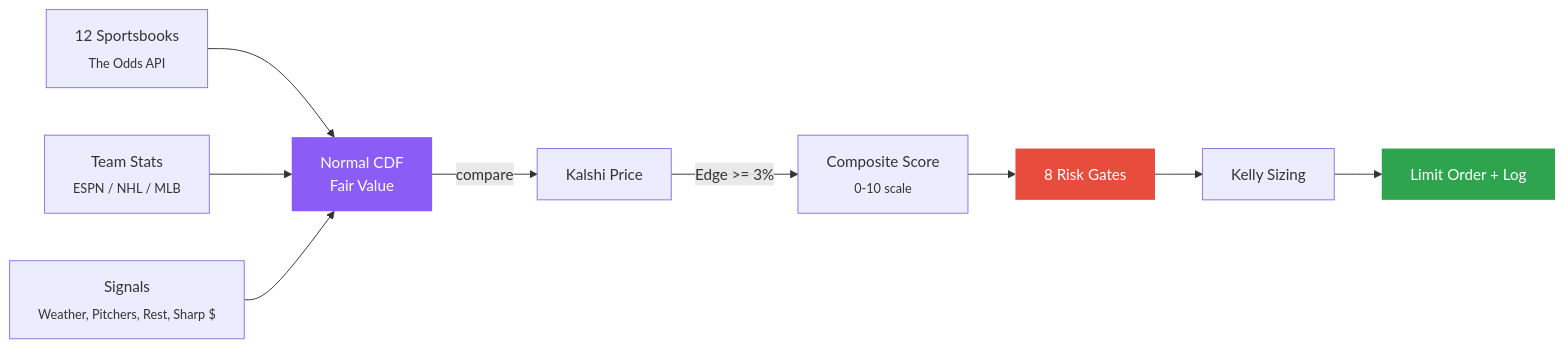
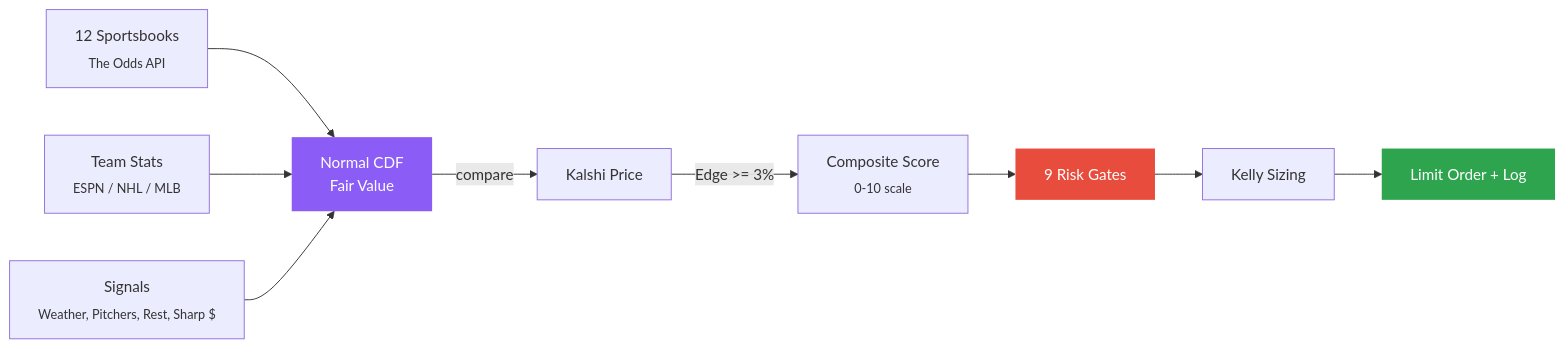
The diagram in README.md (michaelschecht/Edge-Radar), drawn with Mermaid before and after one commit. The commit also changed other lines of this file and 11 other files, not shown here.

````diff
--- a/README.md
+++ b/README.md
@@ -74,15 +74,15 @@
 ```mermaid
 graph LR
     A["12 Sportsbooks<br><sub>The Odds API</sub>"] --> D["Normal CDF<br>Fair Value"]
     B["Team Stats<br><sub>ESPN / NHL / MLB</sub>"] --> D
     C["Signals<br><sub>Weather, Pitchers, Rest, Sharp $</sub>"] --> D
     D -->|"compare"| E["Kalshi Price"]
     E -->|"Edge >= 3%"| F["Composite Score<br><sub>0-10 scale</sub>"]
-    F --> G["8 Risk Gates"]
+    F --> G["9 Risk Gates"]
     G --> H["Kelly Sizing"]
     H --> I["Limit Order + Log"]
 
     style D fill:#8B5CF6,color:#fff,stroke:none
     style G fill:#e74c3c,color:#fff,stroke:none
     style I fill:#2ea44f,color:#fff,stroke:none
 ```
````
